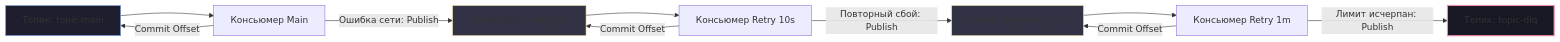
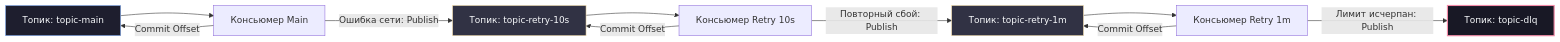
Before and after one commit to UnrealTemplier/go-textbook: the second of 2 diagrams in sources/13. Очереди, брокеры сообщений и оркестраторы/01. Фундамент асинхронности/9. Retry стратегии и exponential backoff.md, drawn with Mermaid. The commit also changed other lines of this file and 310 other files, not shown here.

First line of the commit message:
fix(mermaid): replace light fill colors with dark palette for readability on dark theme

````diff
--- a/sources/13. Очереди, брокеры сообщений и оркестраторы/01. Фундамент асинхронности/9. Retry стратегии и exponential backoff.md
+++ b/sources/13. Очереди, брокеры сообщений и оркестраторы/01. Фундамент асинхронности/9. Retry стратегии и exponential backoff.md
@@ -229,19 +229,19 @@
 ```mermaid
 flowchart LR
     Main["Топик: topic-main"] --> C1["Консьюмер Main"]
     C1 -->|Ошибка сети: Publish| R1["Топик: topic-retry-10s"]
     C1 -->|Commit Offset| Main
 
     R1 --> C2["Консьюмер Retry 10s"]
     C2 -->|Повторный сбой: Publish| R2["Топик: topic-retry-1m"]
     C2 -->|Commit Offset| R1
 
     R2 --> C3["Консьюмер Retry 1m"]
     C3 -->|Лимит исчерпан: Publish| DLQ["Топик: topic-dlq"]
     C3 -->|Commit Offset| R2
 
-    style Main fill:#1e1e2e,stroke:#89b4fa,stroke-width:1px
-    style R1 fill:#313244,stroke:#f9e2af,stroke-width:1px
-    style R2 fill:#313244,stroke:#f9e2af,stroke-width:1px
-    style DLQ fill:#181825,stroke:#f38ba8,stroke-width:2px
+    style Main fill:#1e1e2e,stroke:#89b4fa,stroke-width:1px,color:#f8fafc
+    style R1 fill:#313244,stroke:#f9e2af,stroke-width:1px,color:#f8fafc
+    style R2 fill:#313244,stroke:#f9e2af,stroke-width:1px,color:#f8fafc
+    style DLQ fill:#181825,stroke:#f38ba8,stroke-width:2px,color:#f8fafc
 ```
````
